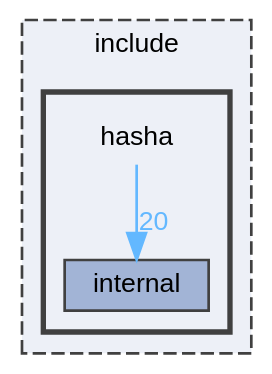
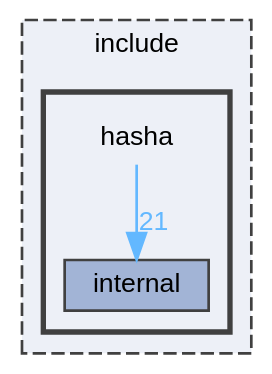
The diagram in docs/dir_a4a1bd6a6f47eff74681f752ad8bc128_dep.dot (reslaid32/hasha), drawn with Graphviz before and after one commit. The commit also changed 127 other files, not shown here.

```diff
--- a/docs/dir_a4a1bd6a6f47eff74681f752ad8bc128_dep.dot
+++ b/docs/dir_a4a1bd6a6f47eff74681f752ad8bc128_dep.dot
@@ -1,17 +1,17 @@
 digraph "include/hasha"
 {
  // LATEX_PDF_SIZE
   bgcolor="transparent";
   edge [fontname=Helvetica,fontsize=10,labelfontname=Helvetica,labelfontsize=10];
   node [fontname=Helvetica,fontsize=10,shape=box,height=0.2,width=0.4];
   compound=true
   subgraph clusterdir_d44c64559bbebec7f509842c48db8b23 {
     graph [ bgcolor="#edf0f7", pencolor="grey25", label="include", fontname=Helvetica,fontsize=10 style="filled,dashed", URL="dir_d44c64559bbebec7f509842c48db8b23.html",tooltip=""]
   subgraph clusterdir_a4a1bd6a6f47eff74681f752ad8bc128 {
     graph [ bgcolor="#edf0f7", pencolor="grey25", label="", fontname=Helvetica,fontsize=10 style="filled,bold", URL="dir_a4a1bd6a6f47eff74681f752ad8bc128.html",tooltip=""]
     dir_a4a1bd6a6f47eff74681f752ad8bc128 [shape=plaintext, label="hasha"];
   dir_85f9138f07c20f37adf55a1b4ce19dcc [label="internal", fillcolor="#a2b4d6", color="grey25", style="filled", URL="dir_85f9138f07c20f37adf55a1b4ce19dcc.html",tooltip=""];
   }
   }
-  dir_a4a1bd6a6f47eff74681f752ad8bc128->dir_85f9138f07c20f37adf55a1b4ce19dcc [headlabel="20", labeldistance=1.5 headhref="dir_000000_000002.html" href="dir_000000_000002.html" color="steelblue1" fontcolor="steelblue1"];
+  dir_a4a1bd6a6f47eff74681f752ad8bc128->dir_85f9138f07c20f37adf55a1b4ce19dcc [headlabel="21", labeldistance=1.5 headhref="dir_000000_000002.html" href="dir_000000_000002.html" color="steelblue1" fontcolor="steelblue1"];
 }
```
